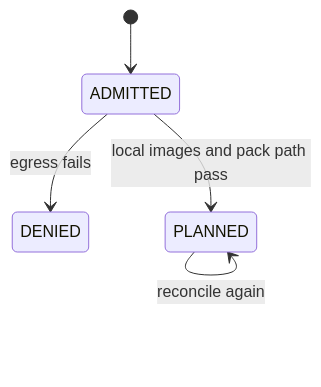
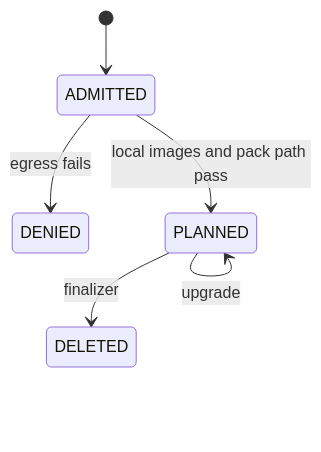
The second of 2 diagrams in README.md (JatinF/astroplane-airflow-control-plane), drawn with Mermaid before and after one commit. The commit also changed other lines of this file and 23 other files, not shown here.

````diff
--- a/README.md
+++ b/README.md
@@ -32,7 +32,8 @@
 ```mermaid
 stateDiagram-v2
   [*] --> ADMITTED
   ADMITTED --> DENIED: egress fails
   ADMITTED --> PLANNED: local images and pack path pass
-  PLANNED --> PLANNED: reconcile again
+  PLANNED --> PLANNED: upgrade
+  PLANNED --> DELETED: finalizer
 ```
````
